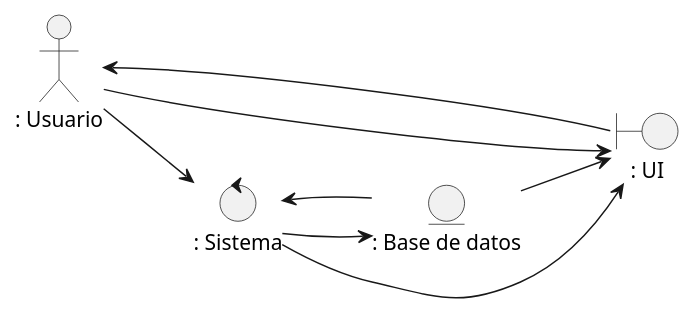
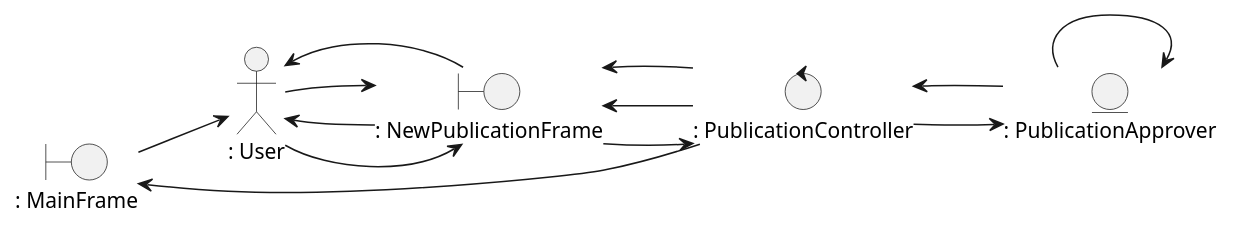
One commit to Danfloca02/ProyectoFacUpdate changed the diagram in docs/logicalView/analysisView/usecaseAnalysis/analysisDiagram/analysisDiagram/PlantUML/uc3_createPublication.plantuml. Above: the diagram before and after it, drawn with PlantUML. The commit also changed 11 other files, not shown here.

```diff
--- a/docs/logicalView/analysisView/usecaseAnalysis/analysisDiagram/analysisDiagram/PlantUML/uc3_createPublication.plantuml
+++ b/docs/logicalView/analysisView/usecaseAnalysis/analysisDiagram/analysisDiagram/PlantUML/uc3_createPublication.plantuml
@@ -1,19 +1,25 @@
 @startuml uc3_createPublication
 
 left to right direction
 
-actor ": Usuario" as user
+actor ": User" as user
 
-entity ": Base de datos" as mod
-boundary ": UI" as vis
-control ": Sistema" as con
+entity ": PublicationApprover" as mod
+boundary ": NewPublicationFrame" as vis
+boundary ": MainFrame" as main
+control ": PublicationController" as con
 
-vis --> user
-user --> con
+user --> vis
+vis --> user 
+user --> vis
+vis --> con 
 con --> mod
-mod --> vis 
+mod --> mod
 mod --> con 
 con --> vis 
-user --> vis
+con --> vis 
+vis --> user
+con -up-> main 
+main --> user
 
 @enduml
```
